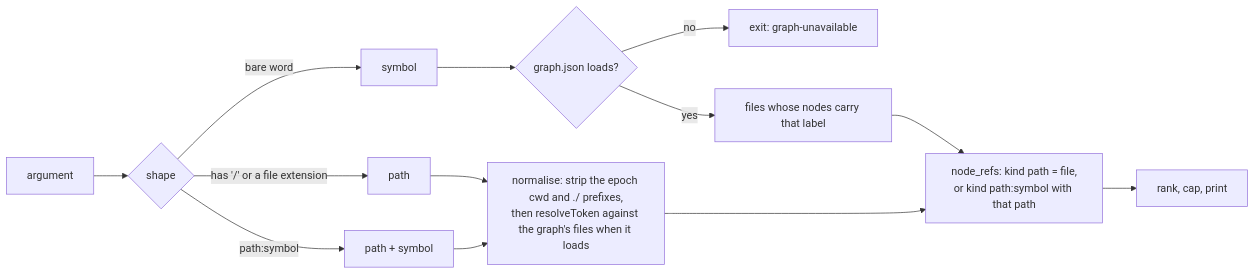
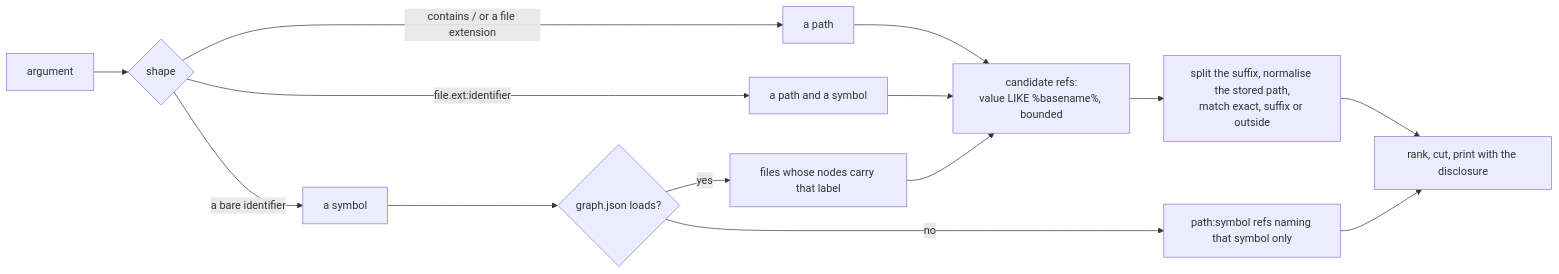
One commit to Synapsium-Labs/ccrc-pwa changed the second of 3 diagrams in docs/superpowers/specs/2026-10-29-ccrc-history-w4-subagents-touched-design.md. Above: the diagram before and after it, drawn with Mermaid. The commit also changed other lines of this file and 1 other file, not shown here.

````diff
--- a/docs/superpowers/specs/2026-10-29-ccrc-history-w4-subagents-touched-design.md
+++ b/docs/superpowers/specs/2026-10-29-ccrc-history-w4-subagents-touched-design.md
@@ -116,15 +165,16 @@
 ```mermaid
 flowchart LR
   ARG["argument"] --> K{"shape"}
-  K -- "has '/' or a file extension" --> P["path"]
-  K -- "path:symbol" --> PS["path + symbol"]
-  K -- "bare word" --> S["symbol"]
+  K -- "contains / or a file extension" --> P["a path"]
+  K -- "file.ext:identifier" --> PS["a path and a symbol"]
+  K -- "a bare identifier" --> S["a symbol"]
   S --> G{"graph.json loads?"}
-  G -- "no" --> E["exit: graph-unavailable"]
   G -- "yes" --> F["files whose nodes carry that label"]
-  P --> N["normalise: strip the epoch cwd and ./ prefixes,<br/>then resolveToken against the graph's files when it loads"]
-  PS --> N
-  F --> Q["node_refs: kind path = file,<br/>or kind path:symbol with that path"]
-  N --> Q
-  Q --> RK["rank, cap, print"]
+  G -- "no" --> SR["path:symbol refs naming that symbol only"]
+  P --> Q["candidate refs:<br/>value LIKE %basename%, bounded"]
+  PS --> Q
+  F --> Q
+  Q --> NM["split the suffix, normalise the stored path,<br/>match exact, suffix or outside"]
+  SR --> RK["rank, cut, print with the disclosure"]
+  NM --> RK
 ```
````
